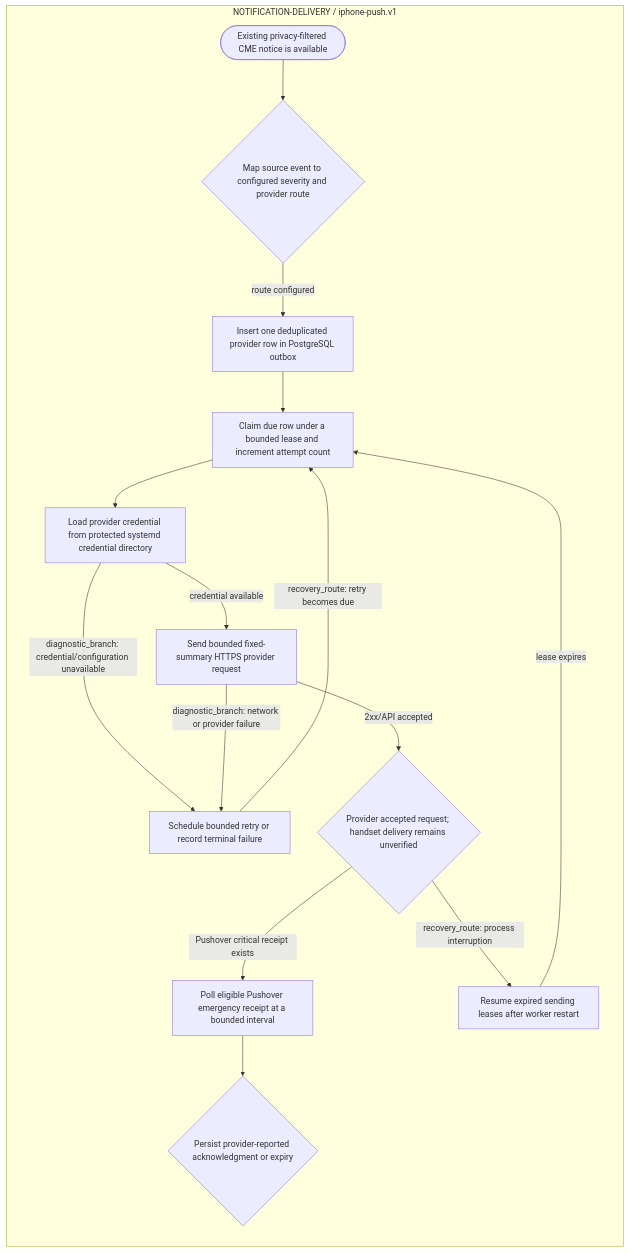
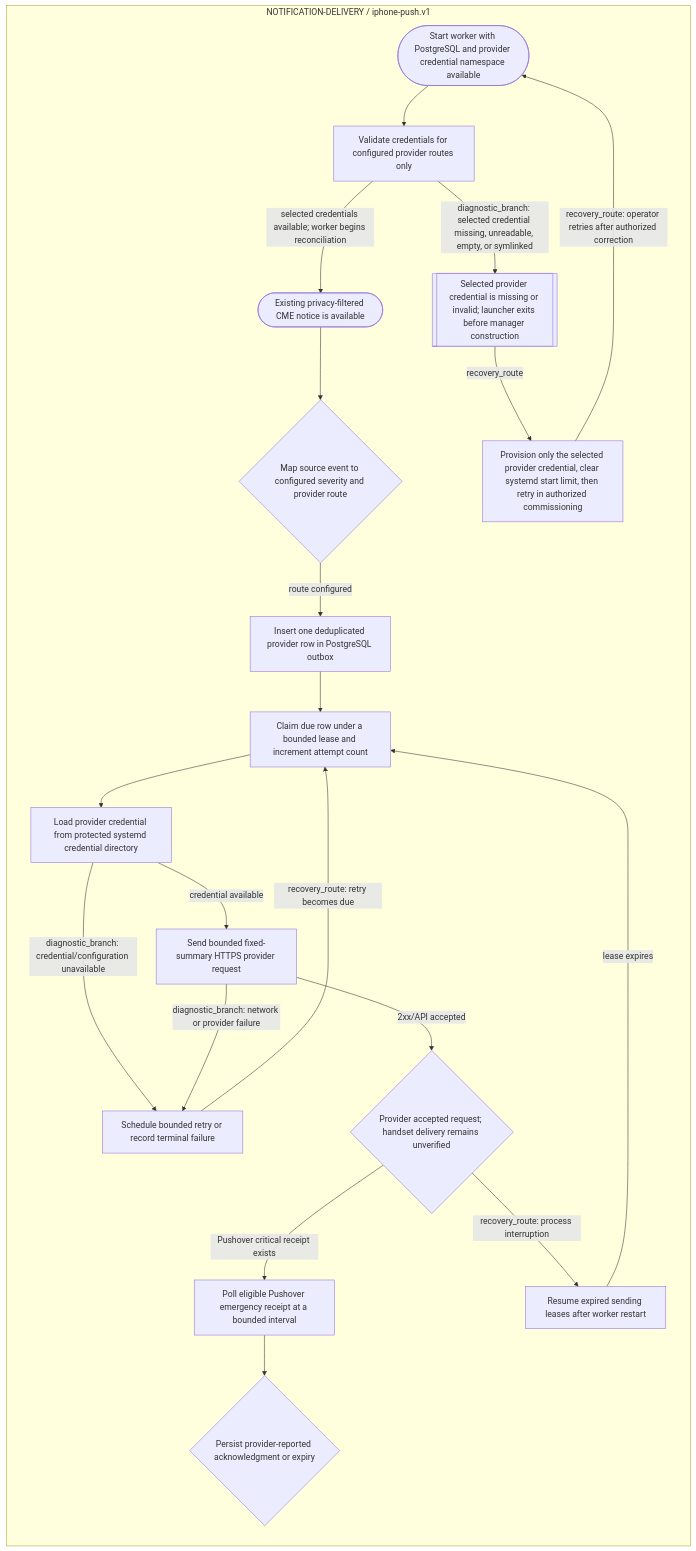
One commit to ppow1/Riverview- changed the diagram in docs/components/NOTIFICATION_IPHONE_DELIVERY_FLOW.md. Above: the diagram before and after it, drawn with Mermaid. The commit also changed other lines of this file and 32 other files, not shown here.

Commit message:
Fix selected notification provider credential startup

````diff
--- a/docs/components/NOTIFICATION_IPHONE_DELIVERY_FLOW.md
+++ b/docs/components/NOTIFICATION_IPHONE_DELIVERY_FLOW.md
@@ -17,30 +18,39 @@
 ```mermaid
 flowchart LR
   subgraph g_rv_notification_delivery_iphone_push["NOTIFICATION-DELIVERY / iphone-push.v1"]
     g_rv_notification_delivery_iphone_push_attention_source_adb77d27(["Existing privacy-filtered CME notice is available"])
     g_rv_notification_delivery_iphone_push_severity_route_6c2f49c9{"Map source event to configured severity and provider route"}
     g_rv_notification_delivery_iphone_push_durable_outbox_1925b92d["Insert one deduplicated provider row in PostgreSQL outbox"]
     g_rv_notification_delivery_iphone_push_lease_claim_55ef6166["Claim due row under a bounded lease and increment attempt count"]
     g_rv_notification_delivery_iphone_push_secret_load_53b23ff9["Load provider credential from protected systemd credential directory"]
     g_rv_notification_delivery_iphone_push_provider_send_a734e941["Send bounded fixed-summary HTTPS provider request"]
     g_rv_notification_delivery_iphone_push_accepted_state_3e20fd81{"Provider accepted request; handset delivery remains unverified"}
     g_rv_notification_delivery_iphone_push_bounded_retry_95c8a30f["Schedule bounded retry or record terminal failure"]
     g_rv_notification_delivery_iphone_push_pushover_receipt_553c4667["Poll eligible Pushover emergency receipt at a bounded interval"]
     g_rv_notification_delivery_iphone_push_ack_expire_83898705{"Persist provider-reported acknowledgment or expiry"}
     g_rv_notification_delivery_iphone_push_worker_restart_2f8ef297["Resume expired sending leases after worker restart"]
+    g_rv_notification_delivery_iphone_push_service_start_5b68bfaa(["Start worker with PostgreSQL and provider credential namespace available"])
+    g_rv_notification_delivery_iphone_push_credential_preflight_1c68cfda["Validate credentials for configured provider routes only"]
+    g_rv_notification_delivery_iphone_push_startup_blocked_e0a84c62[["Selected provider credential is missing or invalid; launcher exits before manager construction"]]
+    g_rv_notification_delivery_iphone_push_credential_repaired_e350166f["Provision only the selected provider credential, clear systemd start limit, then retry in authorized commissioning"]
   end
   g_rv_notification_delivery_iphone_push_attention_source_adb77d27 --> g_rv_notification_delivery_iphone_push_severity_route_6c2f49c9
   g_rv_notification_delivery_iphone_push_severity_route_6c2f49c9 -->|route configured| g_rv_notification_delivery_iphone_push_durable_outbox_1925b92d
   g_rv_notification_delivery_iphone_push_durable_outbox_1925b92d --> g_rv_notification_delivery_iphone_push_lease_claim_55ef6166
   g_rv_notification_delivery_iphone_push_lease_claim_55ef6166 --> g_rv_notification_delivery_iphone_push_secret_load_53b23ff9
   g_rv_notification_delivery_iphone_push_secret_load_53b23ff9 -->|credential available| g_rv_notification_delivery_iphone_push_provider_send_a734e941
   g_rv_notification_delivery_iphone_push_secret_load_53b23ff9 -->|diagnostic_branch: credential/configuration unavailable| g_rv_notification_delivery_iphone_push_bounded_retry_95c8a30f
   g_rv_notification_delivery_iphone_push_provider_send_a734e941 -->|2xx/API accepted| g_rv_notification_delivery_iphone_push_accepted_state_3e20fd81
   g_rv_notification_delivery_iphone_push_provider_send_a734e941 -->|diagnostic_branch: network or provider failure| g_rv_notification_delivery_iphone_push_bounded_retry_95c8a30f
   g_rv_notification_delivery_iphone_push_bounded_retry_95c8a30f -->|recovery_route: retry becomes due| g_rv_notification_delivery_iphone_push_lease_claim_55ef6166
   g_rv_notification_delivery_iphone_push_accepted_state_3e20fd81 -->|Pushover critical receipt exists| g_rv_notification_delivery_iphone_push_pushover_receipt_553c4667
   g_rv_notification_delivery_iphone_push_pushover_receipt_553c4667 --> g_rv_notification_delivery_iphone_push_ack_expire_83898705
   g_rv_notification_delivery_iphone_push_accepted_state_3e20fd81 -->|recovery_route: process interruption| g_rv_notification_delivery_iphone_push_worker_restart_2f8ef297
   g_rv_notification_delivery_iphone_push_worker_restart_2f8ef297 -->|lease expires| g_rv_notification_delivery_iphone_push_lease_claim_55ef6166
+  g_rv_notification_delivery_iphone_push_service_start_5b68bfaa --> g_rv_notification_delivery_iphone_push_credential_preflight_1c68cfda
+  g_rv_notification_delivery_iphone_push_credential_preflight_1c68cfda -->|selected credentials available; worker begins reconciliation| g_rv_notification_delivery_iphone_push_attention_source_adb77d27
+  g_rv_notification_delivery_iphone_push_credential_preflight_1c68cfda -->|diagnostic_branch: selected credential missing, unreadable, empty, or symlinked| g_rv_notification_delivery_iphone_push_startup_blocked_e0a84c62
+  g_rv_notification_delivery_iphone_push_startup_blocked_e0a84c62 -->|recovery_route| g_rv_notification_delivery_iphone_push_credential_repaired_e350166f
+  g_rv_notification_delivery_iphone_push_credential_repaired_e350166f -->|recovery_route: operator retries after authorized correction| g_rv_notification_delivery_iphone_push_service_start_5b68bfaa
   classDef failure fill:#fee,stroke:#b00,stroke-width:2px
 ```
````
